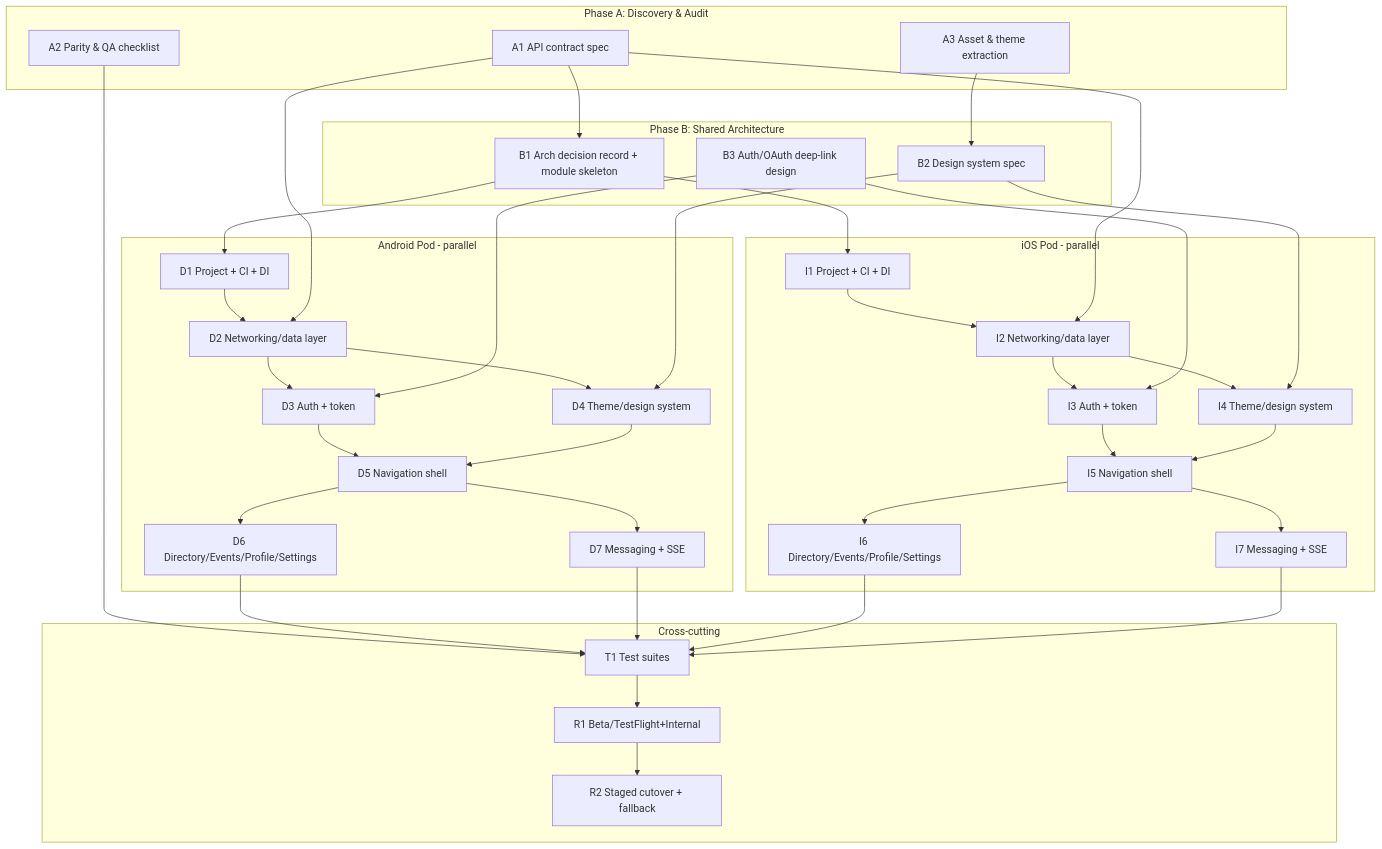
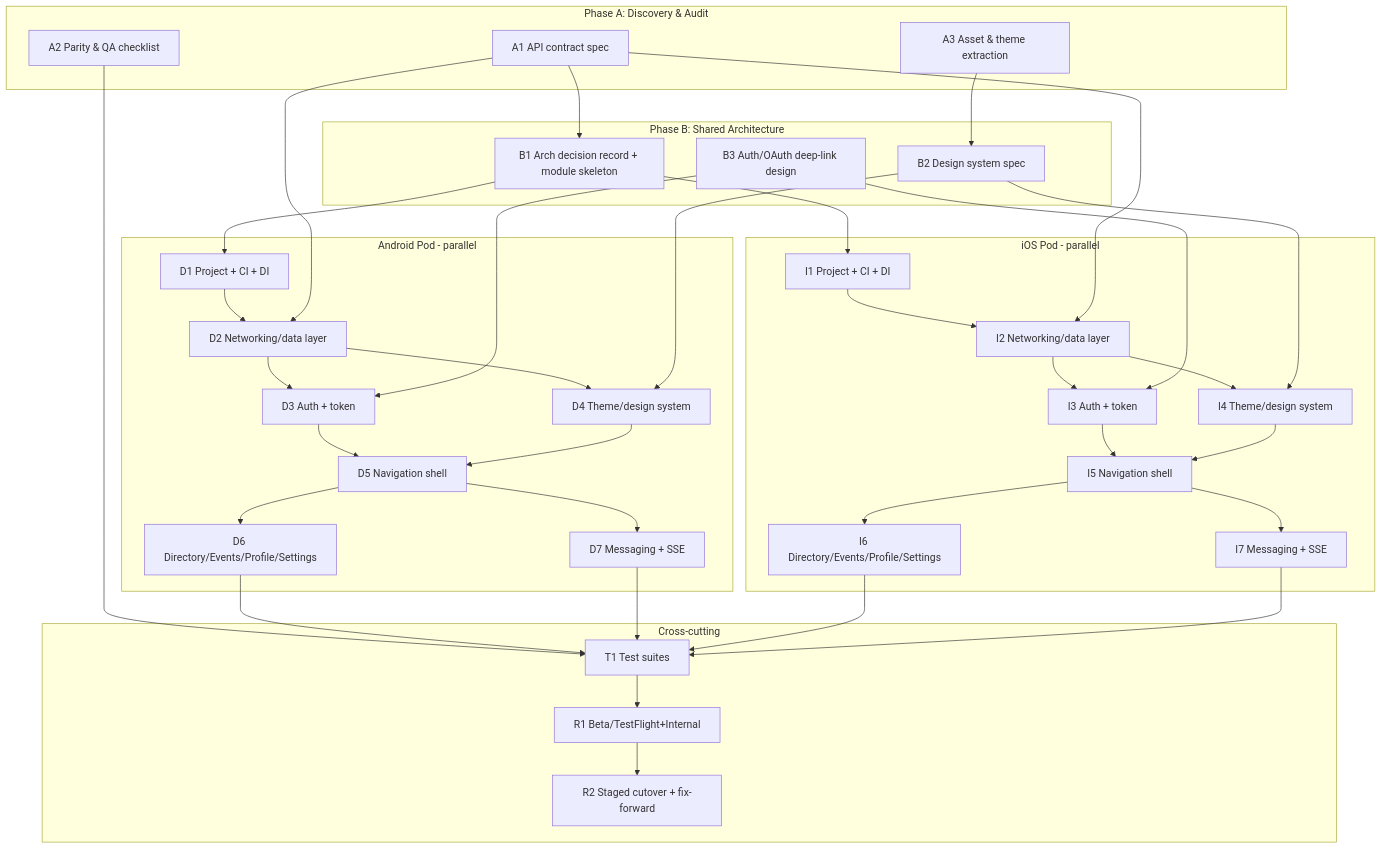
Before and after one commit to Conz-Wilts/Visvine: the diagram in docs/native-migration/README.md, drawn with Mermaid. The commit also changed other lines of this file and 291 other files, not shown here.

````diff
--- a/docs/native-migration/README.md
+++ b/docs/native-migration/README.md
@@ -160,44 +206,44 @@
 ```mermaid
 graph TD
   subgraph P0[Phase A: Discovery & Audit]
     A1[A1 API contract spec]
     A2[A2 Parity & QA checklist]
     A3[A3 Asset & theme extraction]
   end
   subgraph P1[Phase B: Shared Architecture]
     B1[B1 Arch decision record + module skeleton]
     B2[B2 Design system spec]
     B3[B3 Auth/OAuth deep-link design]
   end
   subgraph AND[Android Pod - parallel]
     D1[D1 Project + CI + DI] --> D2[D2 Networking/data layer]
     D2 --> D3[D3 Auth + token]
     D2 --> D4[D4 Theme/design system]
     D3 --> D5[D5 Navigation shell]
     D4 --> D5
     D5 --> D6[D6 Directory/Events/Profile/Settings]
     D5 --> D7[D7 Messaging + SSE]
   end
   subgraph IOS[iOS Pod - parallel]
     I1[I1 Project + CI + DI] --> I2[I2 Networking/data layer]
     I2 --> I3[I3 Auth + token]
     I2 --> I4[I4 Theme/design system]
     I3 --> I5[I5 Navigation shell]
     I4 --> I5
     I5 --> I6[I6 Directory/Events/Profile/Settings]
     I5 --> I7[I7 Messaging + SSE]
   end
   subgraph Q[Cross-cutting]
     T1[T1 Test suites]
-    R1[R1 Beta/TestFlight+Internal] --> R2[R2 Staged cutover + fallback]
+    R1[R1 Beta/TestFlight+Internal] --> R2[R2 Staged cutover + fix-forward]
   end
   A1 --> B1
   A1 --> D2 & I2
   A3 --> B2
   B1 --> D1 & I1
   B2 --> D4 & I4
   B3 --> D3 & I3
   A2 --> T1
   D6 & D7 & I6 & I7 --> T1
   T1 --> R1
 ```
````
